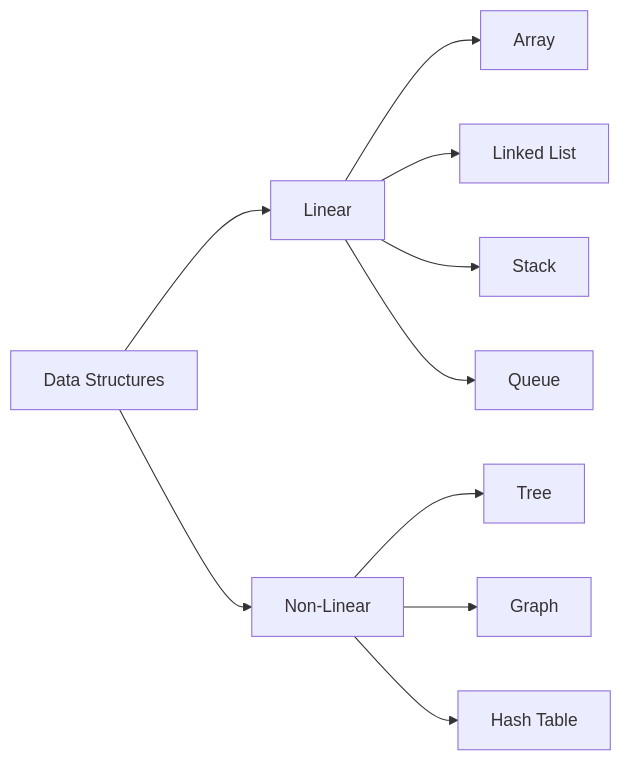
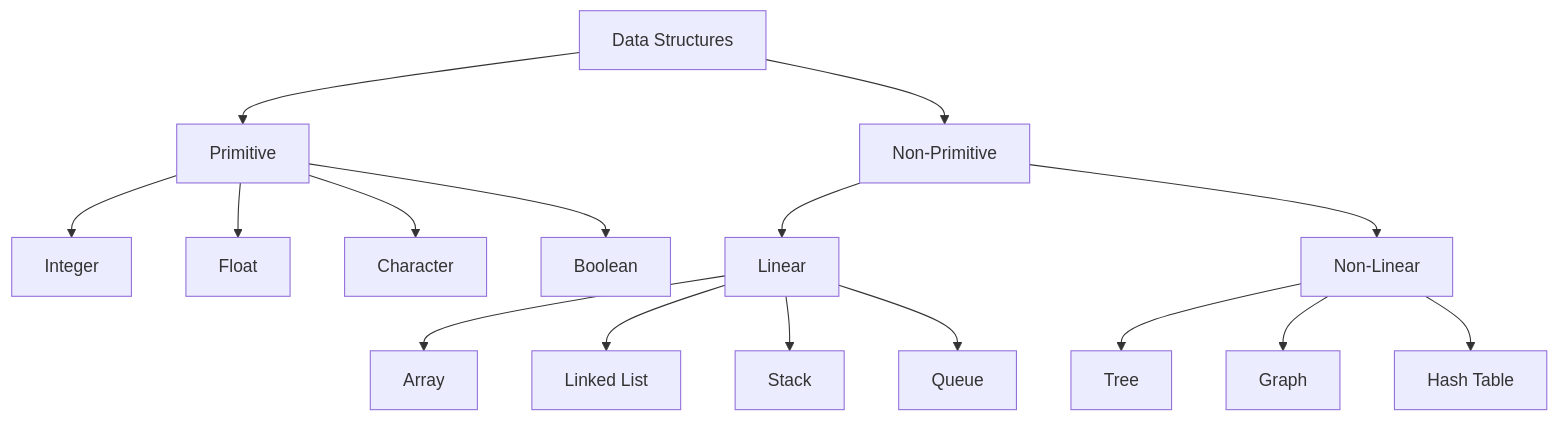
One commit to khieu-dv/vievlog changed the first of 3 diagrams in src/content/soft-skills/dsa/bai-2.mdx. Above: the diagram before and after it, drawn with Mermaid. The commit also changed other lines of this file and 3 other files, not shown here.

````diff
--- a/src/content/soft-skills/dsa/bai-2.mdx
+++ b/src/content/soft-skills/dsa/bai-2.mdx
@@ -50,14 +44,22 @@
 ```mermaid
-graph LR
-    A[Data Structures] --> B[Linear]
-    A --> C[Non-Linear]
+graph TD
+    DS[Data Structures] --> P[Primitive]
+    DS --> NP[Non-Primitive]
     
-    B --> D[Array]
-    B --> E[Linked List]
-    B --> F[Stack]
-    B --> G[Queue]
+    P --> INT[Integer]
+    P --> FLOAT[Float]
+    P --> CHAR[Character]
+    P --> BOOL[Boolean]
     
-    C --> H[Tree]
-    C --> I[Graph]
-    C --> J[Hash Table]
+    NP --> LINEAR[Linear]
+    NP --> NONLINEAR[Non-Linear]
+    
+    LINEAR --> ARRAY[Array]
+    LINEAR --> LL[Linked List]
+    LINEAR --> STACK[Stack]
+    LINEAR --> QUEUE[Queue]
+    
+    NONLINEAR --> TREE[Tree]
+    NONLINEAR --> GRAPH[Graph]
+    NONLINEAR --> HASH[Hash Table]
 ```
````
